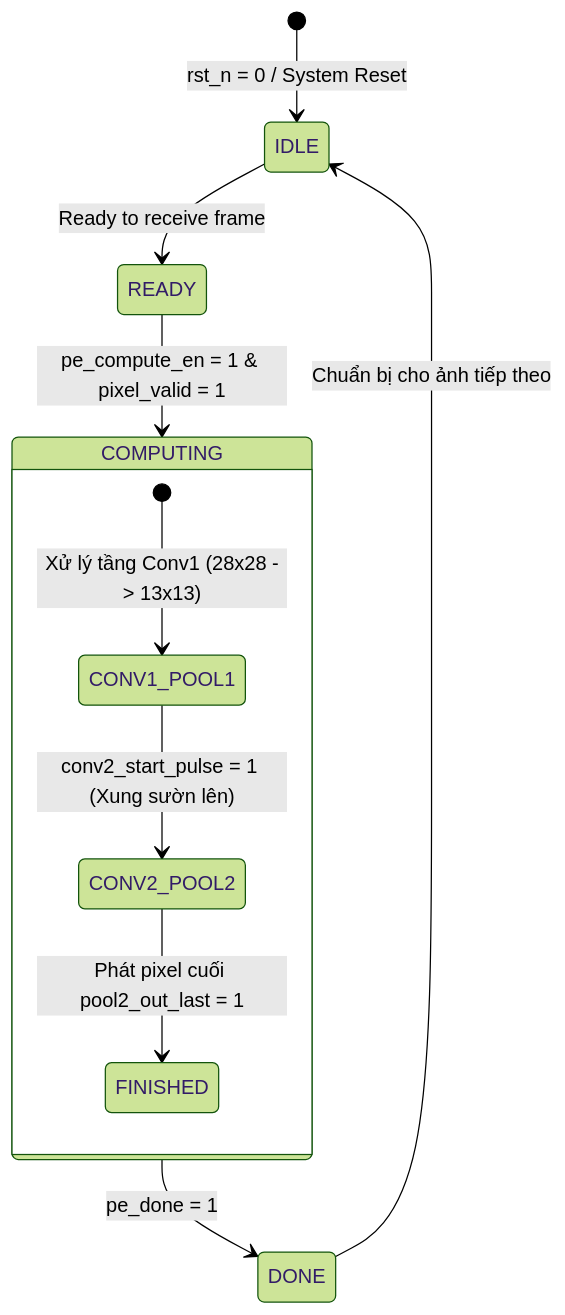
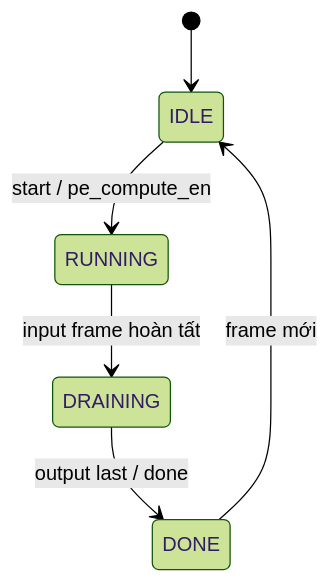
Before and after one commit to ThaoVVPTIT/Group4: the third of 4 diagrams in README.md, drawn with Mermaid (forest theme). The commit also changed other lines of this file, not shown here.

````diff
--- a/README.md
+++ b/README.md
@@ -120,13 +82,8 @@
 ```mermaid
 stateDiagram-v2
-    [*] --> IDLE: rst_n = 0 / System Reset
-    IDLE --> READY: Ready to receive frame
-    READY --> COMPUTING: pe_compute_en = 1 & pixel_valid = 1
-    state COMPUTING {
-        [*] --> CONV1_POOL1: Xử lý tầng Conv1 (28x28 -> 13x13)
-        CONV1_POOL1 --> CONV2_POOL2: conv2_start_pulse = 1 (Xung sườn lên)
-        CONV2_POOL2 --> FINISHED: Phát pixel cuối pool2_out_last = 1
-    }
-    COMPUTING --> DONE: pe_done = 1
-    DONE --> IDLE: Chuẩn bị cho ảnh tiếp theo
+    [*] --> IDLE
+    IDLE --> RUNNING: start / pe_compute_en
+    RUNNING --> DRAINING: input frame hoàn tất
+    DRAINING --> DONE: output last / done
+    DONE --> IDLE: frame mới
 ```
````
